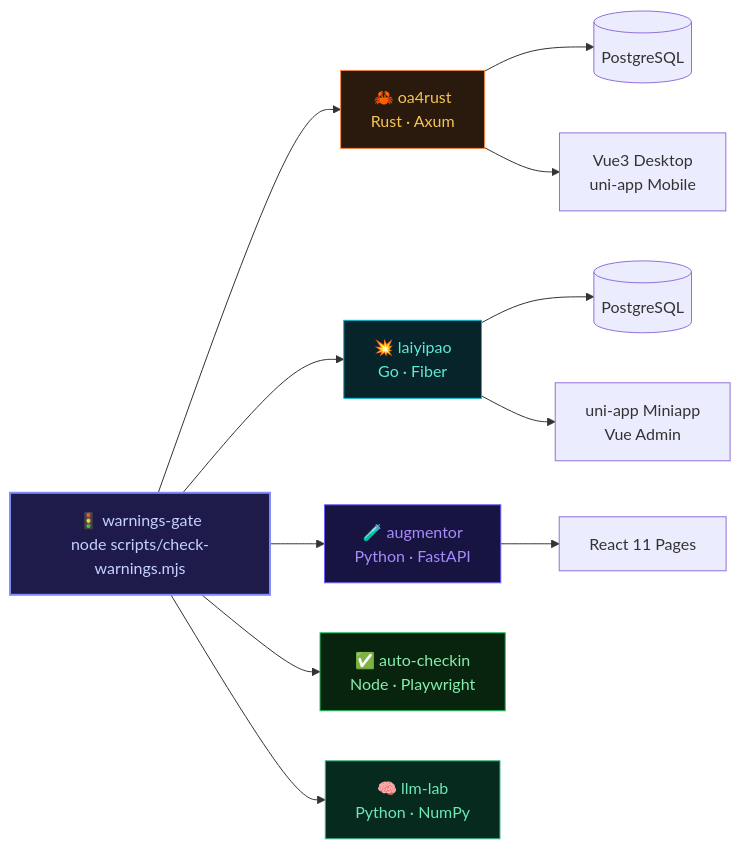
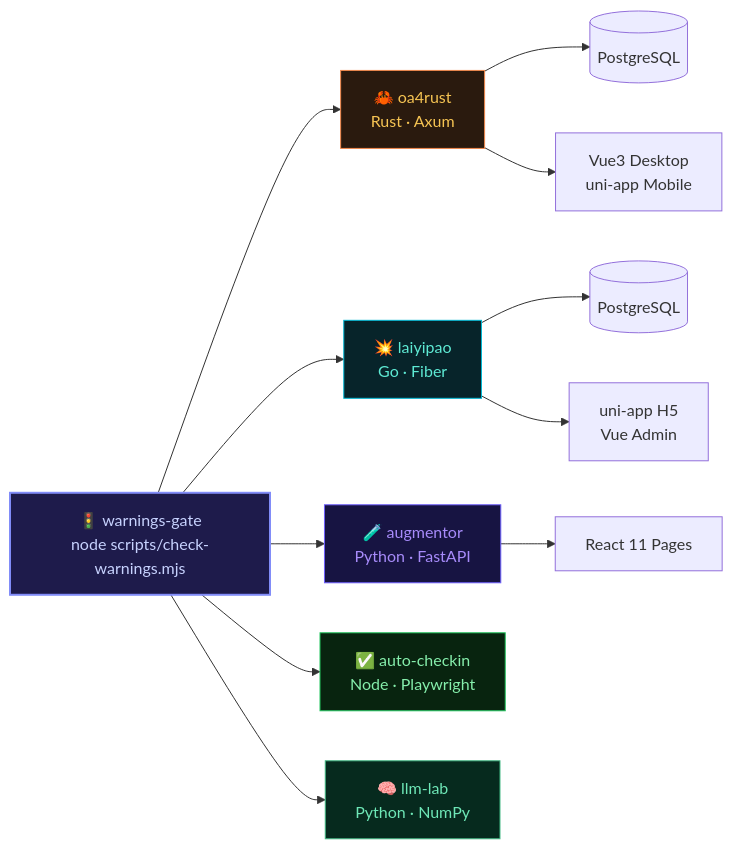
Before and after one commit to annsshadow/fakeToys: the diagram in README.md, drawn with Mermaid. The commit also changed other lines of this file and 4 other files, not shown here.

````diff
--- a/README.md
+++ b/README.md
@@ -84,21 +84,21 @@
 ```mermaid
 graph LR
     Gate["🚦 warnings-gate<br/>node scripts/check-warnings.mjs"] --> Rust["🦀 oa4rust<br/>Rust · Axum"]
     Gate --> Go["💥 laiyipao<br/>Go · Fiber"]
     Gate --> Py["🧪 augmentor<br/>Python · FastAPI"]
     Gate --> Ts["✅ auto-checkin<br/>Node · Playwright"]
     Gate --> Lab["🧠 llm-lab<br/>Python · NumPy"]
 
     Rust --> DB1[("PostgreSQL")]
     Go --> DB2[("PostgreSQL")]
     Rust --> FE1["Vue3 Desktop<br/>uni-app Mobile"]
-    Go --> FE2["uni-app Miniapp<br/>Vue Admin"]
+    Go --> FE2["uni-app H5<br/>Vue Admin"]
     Py --> FE3["React 11 Pages"]
 
     style Gate fill:#1e1b4b,stroke:#818cf8,stroke-width:2px,color:#c7d2fe
     style Rust fill:#2a1a0e,stroke:#f0874a,color:#f6c453
     style Go fill:#07242a,stroke:#00b8d4,color:#5eead4
     style Py fill:#171442,stroke:#6d5efc,color:#a78bfa
     style Ts fill:#08240f,stroke:#22c55e,color:#86efac
     style Lab fill:#062a1e,stroke:#42b883,color:#6ee7b7
 ```
````
